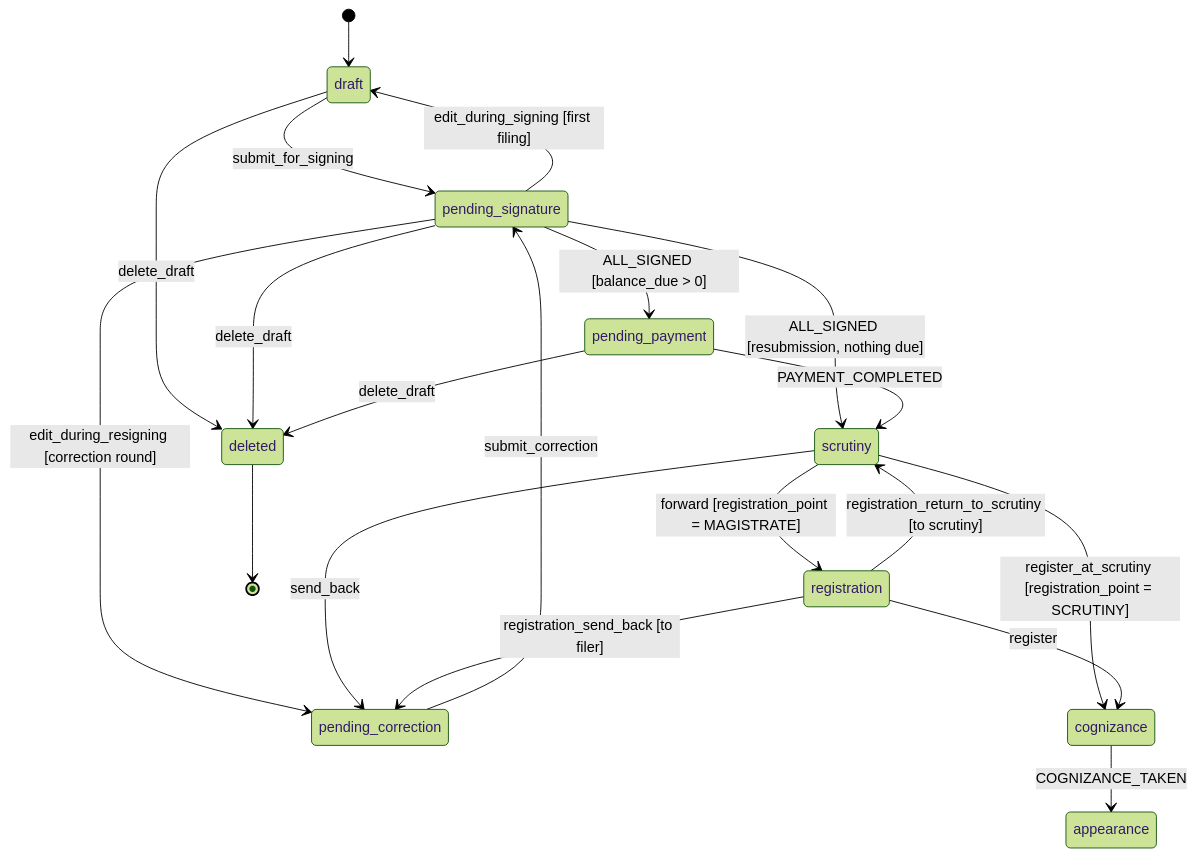
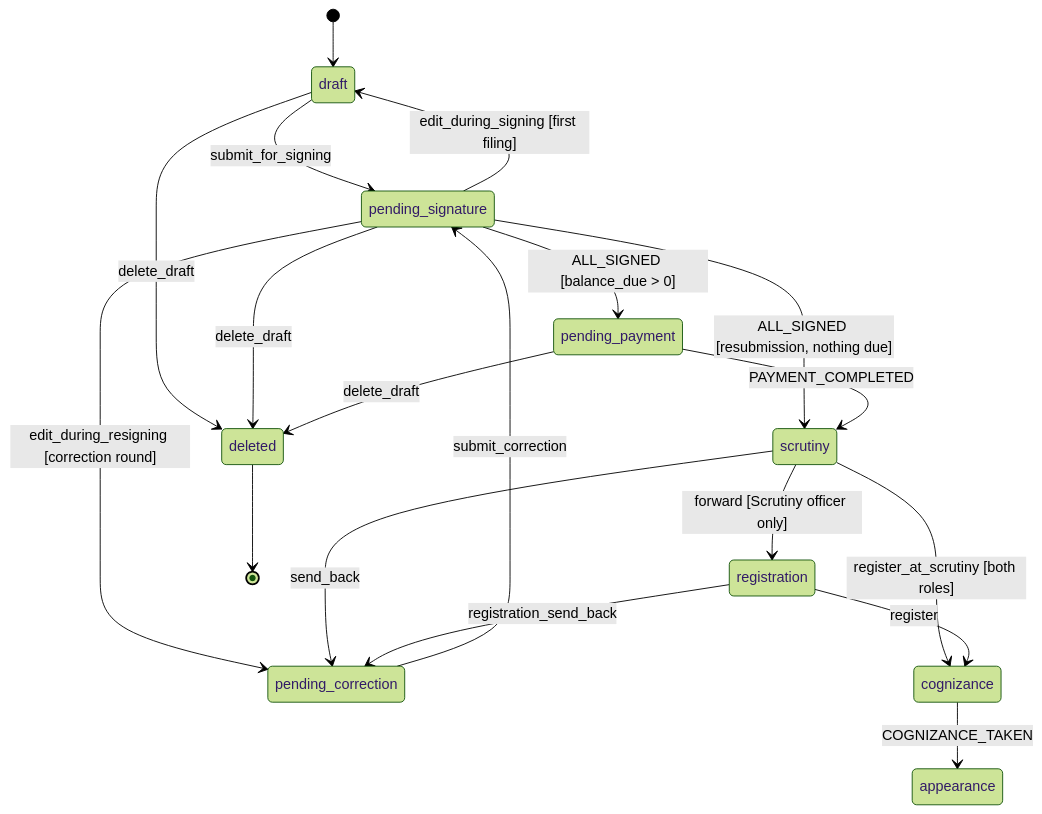
Before and after one commit to pucardotorg/dristi-be: the second of 2 diagrams in spec/0011-case-workflows.md, drawn with Mermaid (forest theme). The commit also changed other lines of this file and 3 other files, not shown here.

````diff
--- a/spec/0011-case-workflows.md
+++ b/spec/0011-case-workflows.md
@@ -1106,22 +1106,21 @@
 ```mermaid
 stateDiagram-v2
     [*] --> draft
     draft --> pending_signature: submit_for_signing
     pending_signature --> draft: edit_during_signing [first filing]
     pending_signature --> pending_correction: edit_during_resigning [correction round]
     pending_signature --> pending_payment: ALL_SIGNED [balance_due > 0]
     pending_signature --> scrutiny: ALL_SIGNED [resubmission, nothing due]
     pending_payment --> scrutiny: PAYMENT_COMPLETED
     scrutiny --> pending_correction: send_back
     pending_correction --> pending_signature: submit_correction
-    scrutiny --> registration: forward [registration_point = MAGISTRATE]
-    scrutiny --> cognizance: register_at_scrutiny [registration_point = SCRUTINY]
+    scrutiny --> registration: forward [Scrutiny officer only]
+    scrutiny --> cognizance: register_at_scrutiny [both roles]
     registration --> cognizance: register
-    registration --> pending_correction: registration_send_back [to filer]
-    registration --> scrutiny: registration_return_to_scrutiny [to scrutiny]
+    registration --> pending_correction: registration_send_back
     draft --> deleted: delete_draft
     pending_signature --> deleted: delete_draft
     pending_payment --> deleted: delete_draft
     cognizance --> appearance: COGNIZANCE_TAKEN
     deleted --> [*]
 ```
````
